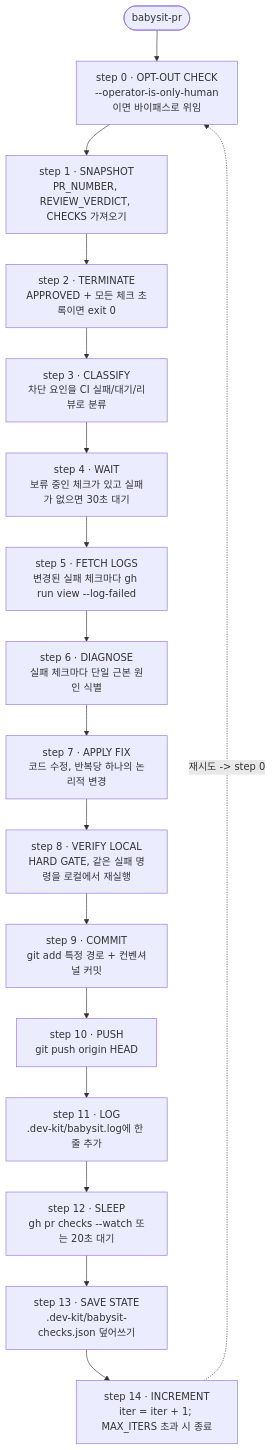
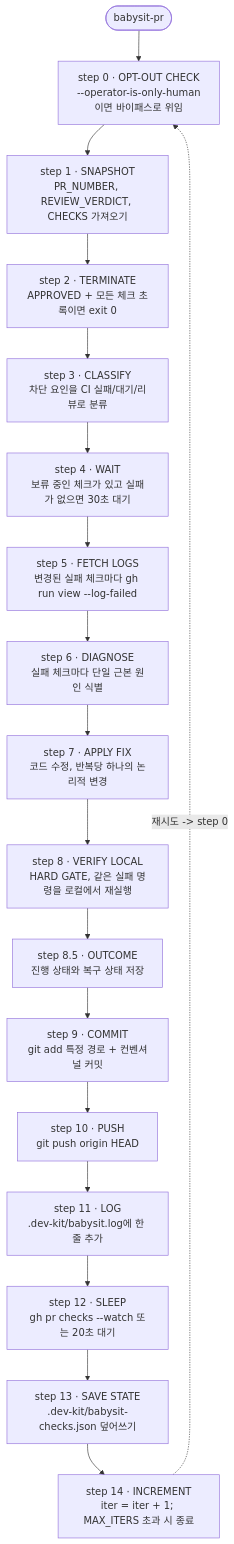
Before and after one commit to mybotagent/dev-harness-kit: the fifth of 6 diagrams in README.ko.md, drawn with Mermaid. The commit also changed other lines of this file and 5 other files, not shown here.

Commit message:
docs: add babysit-pr architecture reference (#737)

````diff
--- a/README.ko.md
+++ b/README.ko.md
@@ -294,20 +294,21 @@
 ```mermaid
 flowchart TD
   bp([babysit-pr]) --> s0
   s0["step 0 · OPT-OUT CHECK<br/>--operator-is-only-human이면 바이패스로 위임"] --> s1
   s1["step 1 · SNAPSHOT<br/>PR_NUMBER, REVIEW_VERDICT, CHECKS 가져오기"] --> s2
   s2["step 2 · TERMINATE<br/>APPROVED + 모든 체크 초록이면 exit 0"] --> s3
   s3["step 3 · CLASSIFY<br/>차단 요인을 CI 실패/대기/리뷰로 분류"] --> s4
   s4["step 4 · WAIT<br/>보류 중인 체크가 있고 실패가 없으면 30초 대기"] --> s5
   s5["step 5 · FETCH LOGS<br/>변경된 실패 체크마다 gh run view --log-failed"] --> s6
   s6["step 6 · DIAGNOSE<br/>실패 체크마다 단일 근본 원인 식별"] --> s7
   s7["step 7 · APPLY FIX<br/>코드 수정, 반복당 하나의 논리적 변경"] --> s8
-  s8["step 8 · VERIFY LOCAL<br/>HARD GATE, 같은 실패 명령을 로컬에서 재실행"] --> s9
+  s8["step 8 · VERIFY LOCAL<br/>HARD GATE, 같은 실패 명령을 로컬에서 재실행"] --> s8o
+  s8o["step 8.5 · OUTCOME<br/>진행 상태와 복구 상태 저장"] --> s9
   s9["step 9 · COMMIT<br/>git add 특정 경로 + 컨벤셔널 커밋"] --> s10
   s10["step 10 · PUSH<br/>git push origin HEAD"] --> s11
   s11["step 11 · LOG<br/>.dev-kit/babysit.log에 한 줄 추가"] --> s12
   s12["step 12 · SLEEP<br/>gh pr checks --watch 또는 20초 대기"] --> s13
   s13["step 13 · SAVE STATE<br/>.dev-kit/babysit-checks.json 덮어쓰기"] --> s14
   s14["step 14 · INCREMENT<br/>iter = iter + 1; MAX_ITERS 초과 시 종료"]
   s14 -. 재시도 -> step 0 .-> s0
 ```
````
